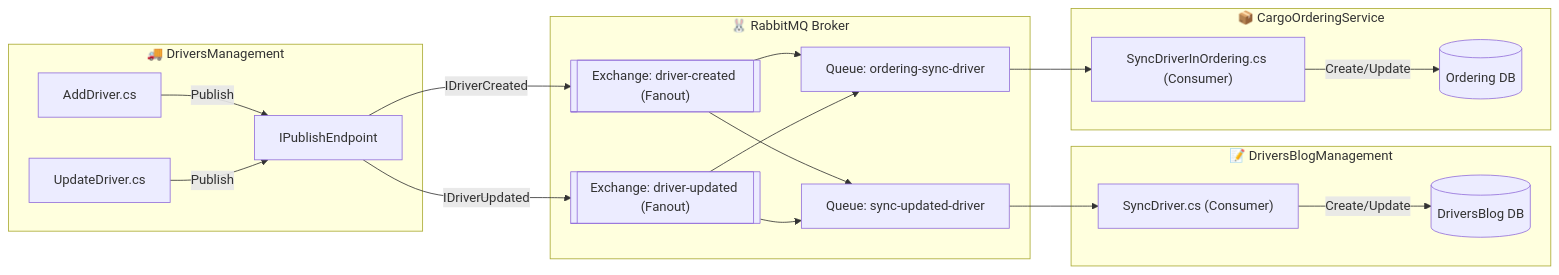
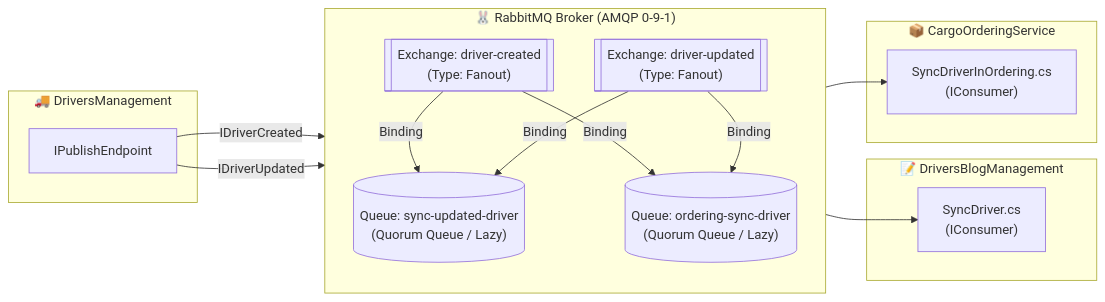
One commit to MrTomkaYurii/Demo-CargoDeliveryService changed the first of 3 diagrams in 02-Microservices-Craftsman/02-02-Communication-Documentation/04_Patterns_Asynchronous_Messaging_MassTransit_RabbitMQ.md. Above: the diagram before and after it, drawn with Mermaid. The commit also changed other lines of this file and 33 other files, not shown here.

Commit message:
feat(communication): complete pedagogical communication guides (HTTP BFF Aggregator, gRPC, MassTransit) with deep diagrams, code buttons, and Ukrainian comments

````diff
--- a/02-Microservices-Craftsman/02-02-Communication-Documentation/04_Patterns_Asynchronous_Messaging_MassTransit_RabbitMQ.md
+++ b/02-Microservices-Craftsman/02-02-Communication-Documentation/04_Patterns_Asynchronous_Messaging_MassTransit_RabbitMQ.md
@@ -28,28 +51,32 @@
 ```mermaid
 flowchart LR
     subgraph Publisher["🚚 DriversManagement"]
-        AddDriver["AddDriver.cs"] -->|Publish| PubEnd["IPublishEndpoint"]
-        UpdateDriver["UpdateDriver.cs"] -->|Publish| PubEnd
+        P["IPublishEndpoint"]
     end
 
-    subgraph RabbitMQ["🐰 RabbitMQ Broker"]
-        PubEnd -->|IDriverCreated| ExCreated[["Exchange: driver-created (Fanout)"]]
-        PubEnd -->|IDriverUpdated| ExUpdated[["Exchange: driver-updated (Fanout)"]]
+    subgraph RabbitMQ["🐰 RabbitMQ Broker (AMQP 0-9-1)"]
+        direction TB
+        Ex1[["Exchange: driver-created<br/>(Type: Fanout)"]]
+        Ex2[["Exchange: driver-updated<br/>(Type: Fanout)"]]
 
-        ExCreated --> Q_Blog["Queue: sync-updated-driver"]
-        ExUpdated --> Q_Blog
-        
-        ExCreated --> Q_Ordering["Queue: ordering-sync-driver"]
-        ExUpdated --> Q_Ordering
+        Q1[("Queue: sync-updated-driver<br/>(Quorum Queue / Lazy)")]
+        Q2[("Queue: ordering-sync-driver<br/>(Quorum Queue / Lazy)")]
+
+        Ex1 -->|Binding| Q1
+        Ex2 -->|Binding| Q1
+
+        Ex1 -->|Binding| Q2
+        Ex2 -->|Binding| Q2
     end
 
-    subgraph ConsumersBlog["📝 DriversBlogManagement"]
-        Q_Blog --> SyncBlog["SyncDriver.cs (Consumer)"]
-        SyncBlog -->|Create/Update| BlogDB[("DriversBlog DB")]
+    subgraph BlogConsumer["📝 DriversBlogManagement"]
+        Q1 --> C1["SyncDriver.cs<br/>(IConsumer)"]
     end
 
-    subgraph ConsumersOrdering["📦 CargoOrderingService"]
-        Q_Ordering --> SyncOrd["SyncDriverInOrdering.cs (Consumer)"]
-        SyncOrd -->|Create/Update| OrdDB[("Ordering DB")]
+    subgraph OrderingConsumer["📦 CargoOrderingService"]
+        Q2 --> C2["SyncDriverInOrdering.cs<br/>(IConsumer)"]
     end
+
+    P -->|IDriverCreated| Ex1
+    P -->|IDriverUpdated| Ex2
 ```
````
